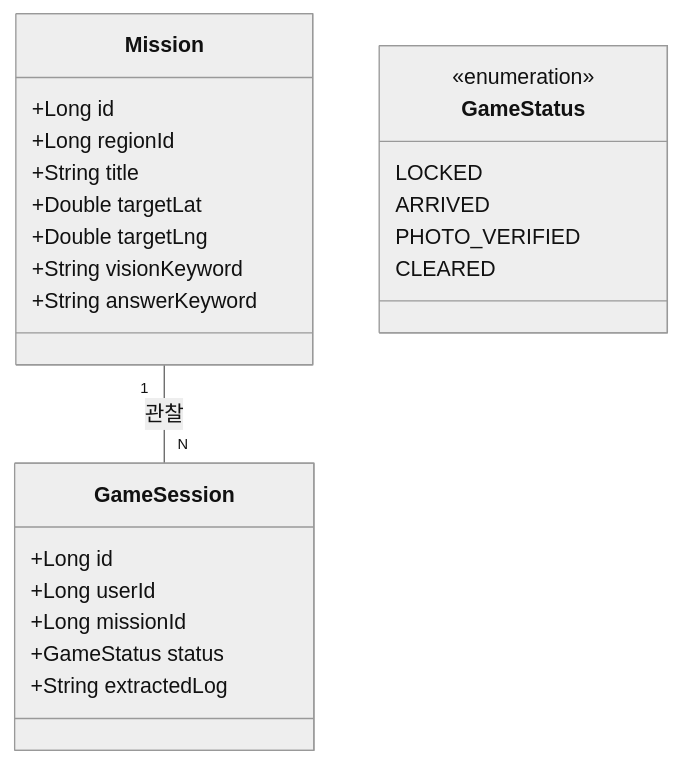
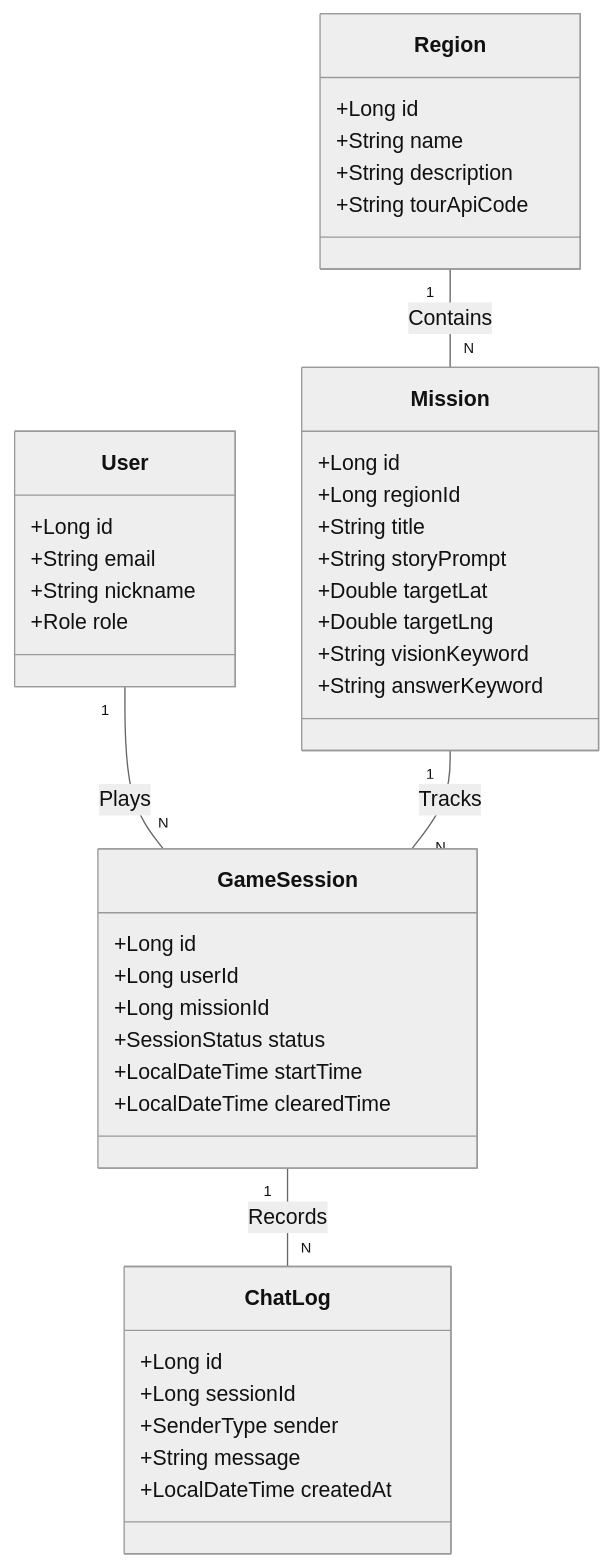
The second of 2 diagrams in README.md (KangHSoon/operation-seoul), drawn with Mermaid (neutral theme) before and after one commit. The commit also changed other lines of this file, not shown here.

````diff
--- a/README.md
+++ b/README.md
@@ -51,28 +51,45 @@
 ```mermaid
 classDiagram
+    class User {
+        +Long id
+        +String email
+        +String nickname
+        +Role role
+    }
+    class Region {
+        +Long id
+        +String name
+        +String description
+        +String tourApiCode
+    }
     class Mission {
         +Long id
         +Long regionId
         +String title
+        +String storyPrompt
         +Double targetLat
         +Double targetLng
         +String visionKeyword
         +String answerKeyword
     }
     class GameSession {
         +Long id
         +Long userId
         +Long missionId
-        +GameStatus status
-        +String extractedLog
+        +SessionStatus status
+        +LocalDateTime startTime
+        +LocalDateTime clearedTime
     }
-    class GameStatus {
-        <<enumeration>>
-        LOCKED
-        ARRIVED
-        PHOTO_VERIFIED
-        CLEARED
+    class ChatLog {
+        +Long id
+        +Long sessionId
+        +SenderType sender
+        +String message
+        +LocalDateTime createdAt
     }
 
-    Mission "1" -- "N" GameSession : 관찰
+    User "1" -- "N" GameSession : Plays
+    Region "1" -- "N" Mission : Contains
+    Mission "1" -- "N" GameSession : Tracks
+    GameSession "1" -- "N" ChatLog : Records
 ```
````
